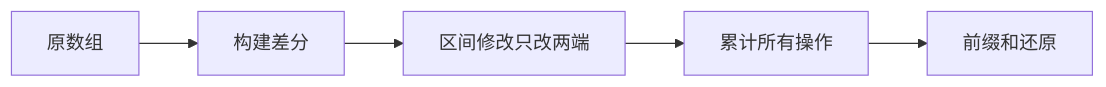
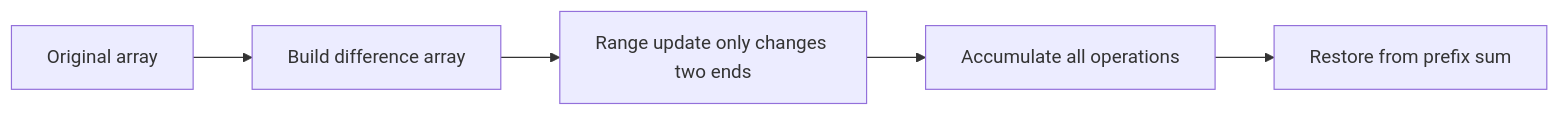
Before and after one commit to HONGLEI111/hhlblog-global: the second of 2 diagrams in src/content/technology/difference-array.md, drawn with Mermaid. The commit also changed other lines of this file and 33 other files, not shown here.

First line of the commit message:
content(code): 翻译 mermaid 图节点标签（34 文件 / 267 处）

````diff
--- a/src/content/technology/difference-array.md
+++ b/src/content/technology/difference-array.md
@@ -232,7 +232,7 @@
 ```mermaid
 graph LR
-    A[原数组] --> B[构建差分]
-    B --> C[区间修改只改两端]
-    C --> D[累计所有操作]
-    D --> E[前缀和还原]
+    A[Original array] --> B[Build difference array]
+    B --> C[Range update only changes two ends]
+    C --> D[Accumulate all operations]
+    D --> E[Restore from prefix sum]
 ```
````
